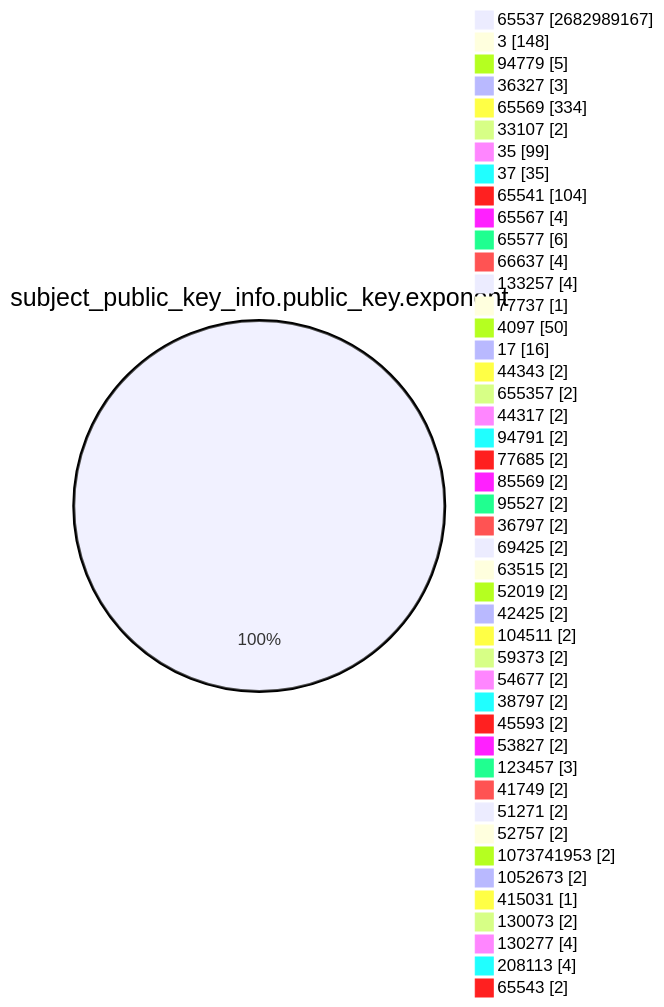
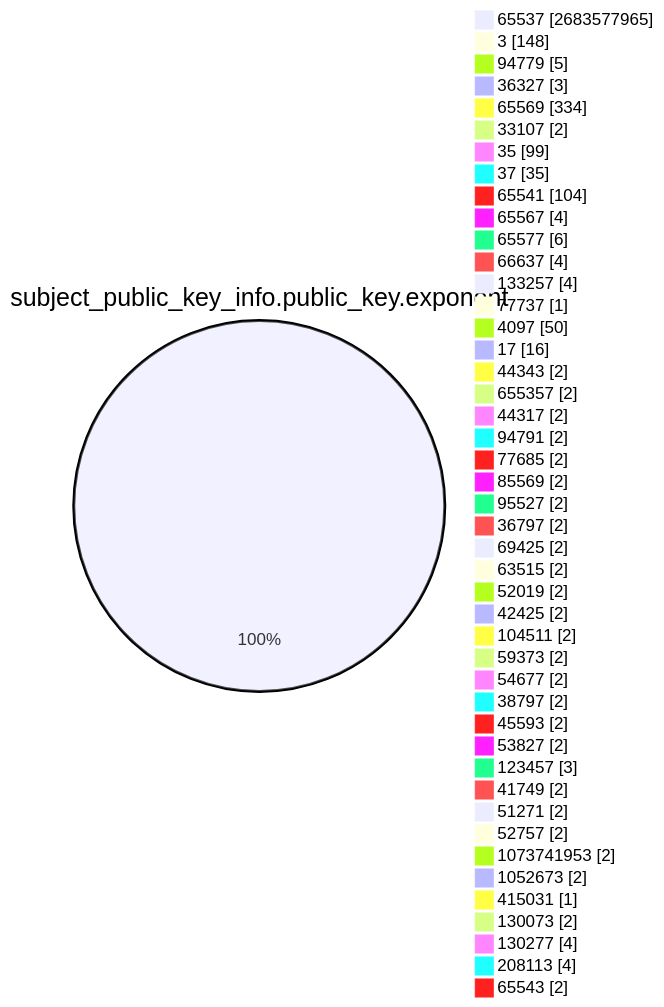
One commit to christiankrug/ctmonitor_visualization changed the fourth of 15 diagrams in TOTAL/README.md. Above: the diagram before and after it, drawn with Mermaid. The commit also changed other lines of this file, not shown here.

````diff
--- a/TOTAL/README.md
+++ b/TOTAL/README.md
@@ -1466,49 +1466,49 @@
 ```mermaid
 pie showData
 title subject_public_key_info.public_key.exponent
-"65537" :2682989167
+"65537" :2683577965
 "3" :148
 "94779" :5
 "36327" :3
 "65569" :334
 "33107" :2
 "35" :99
 "37" :35
 "65541" :104
 "65567" :4
 "65577" :6
 "66637" :4
 "133257" :4
 "77737" :1
 "4097" :50
 "17" :16
 "44343" :2
 "655357" :2
 "44317" :2
 "94791" :2
 "77685" :2
 "85569" :2
 "95527" :2
 "36797" :2
 "69425" :2
 "63515" :2
 "52019" :2
 "42425" :2
 "104511" :2
 "59373" :2
 "54677" :2
 "38797" :2
 "45593" :2
 "53827" :2
 "123457" :3
 "41749" :2
 "51271" :2
 "52757" :2
 "1073741953" :2
 "1052673" :2
 "415031" :1
 "130073" :2
 "130277" :4
 "208113" :4
 "65543" :2
 ```
````
